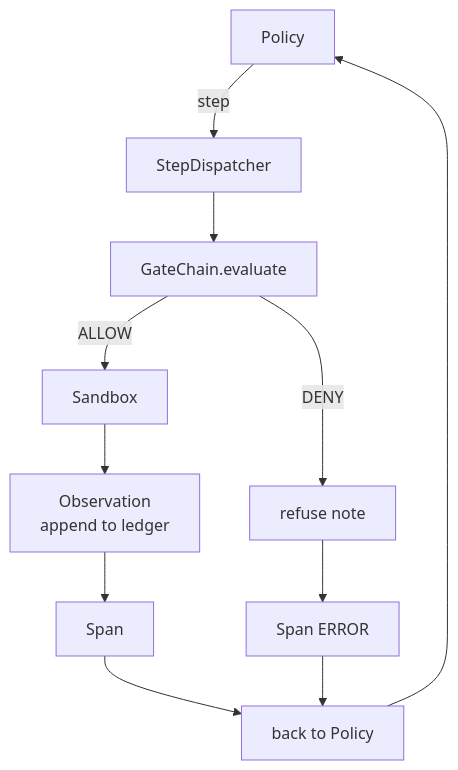
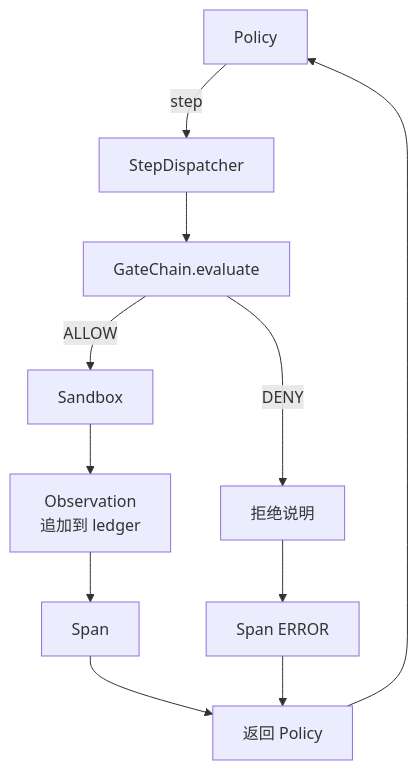
Before and after one commit to cq0206/ai-engineering-from-scratch: the second of 2 diagrams in phases/19-capstone-projects/29-end-to-end-coding-task-demo.md, drawn with Mermaid. The commit also changed other lines of this file and 150 other files, not shown here.

````diff
--- a/phases/19-capstone-projects/29-end-to-end-coding-task-demo.md
+++ b/phases/19-capstone-projects/29-end-to-end-coding-task-demo.md
@@ -54,13 +54,13 @@
 ```mermaid
 flowchart TD
   Policy -->|step| Dispatcher[StepDispatcher]
   Dispatcher --> Gate[GateChain.evaluate]
   Gate -->|ALLOW| Sandbox
-  Gate -->|DENY| Refuse[refuse note]
-  Sandbox --> Obs[Observation<br/>append to ledger]
+  Gate -->|DENY| Refuse[拒绝说明]
+  Sandbox --> Obs[Observation<br/>追加到 ledger]
   Obs --> Span
   Refuse --> SpanErr[Span ERROR]
-  Span --> Back[back to Policy]
+  Span --> Back[返回 Policy]
   SpanErr --> Back
   Back --> Policy
 ```
````
